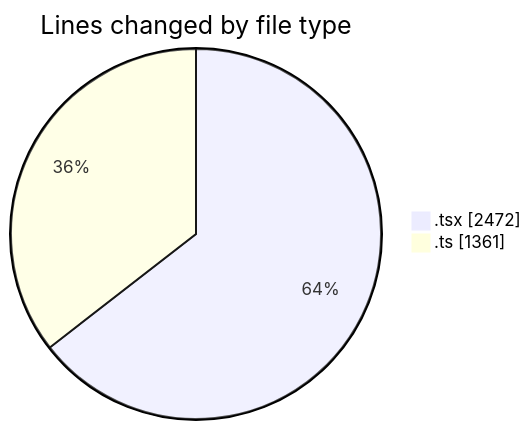
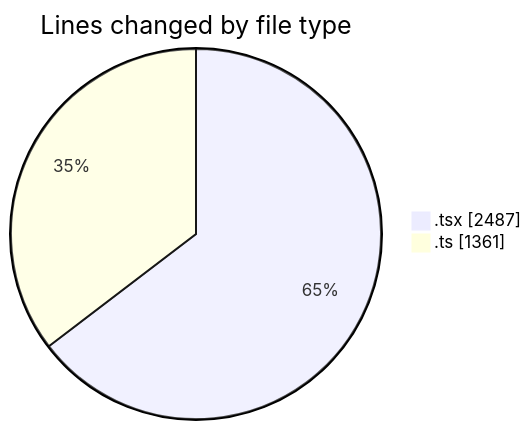
Before and after one commit to nxtqubesakshisongat/code-tracking: the first of 2 diagrams in 2026-03-06/nxtqube_webapp/README.md, drawn with Mermaid. The commit also changed other lines of this file and 1 other file, not shown here.

````diff
--- a/2026-03-06/nxtqube_webapp/README.md
+++ b/2026-03-06/nxtqube_webapp/README.md
@@ -29,6 +29,6 @@
 ```mermaid
 pie showData
 title Lines changed by file type
-".tsx" : 2472
+".tsx" : 2487
 ".ts" : 1361
 ```
````
